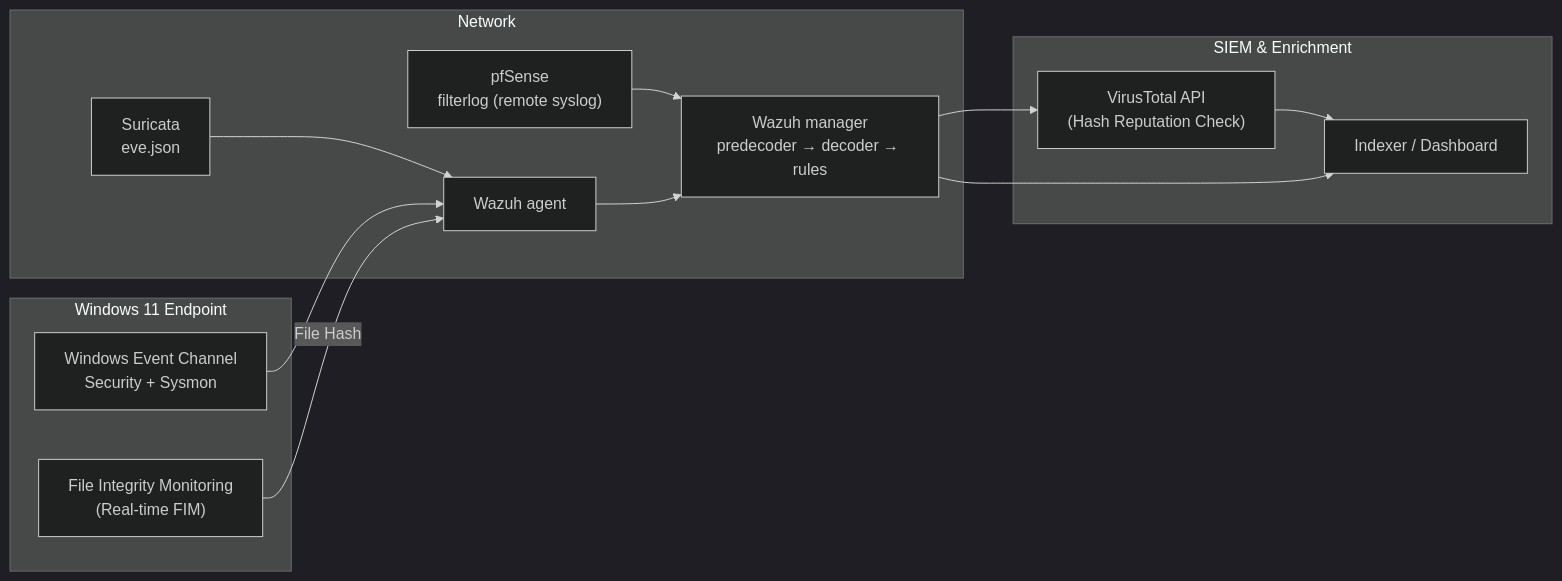
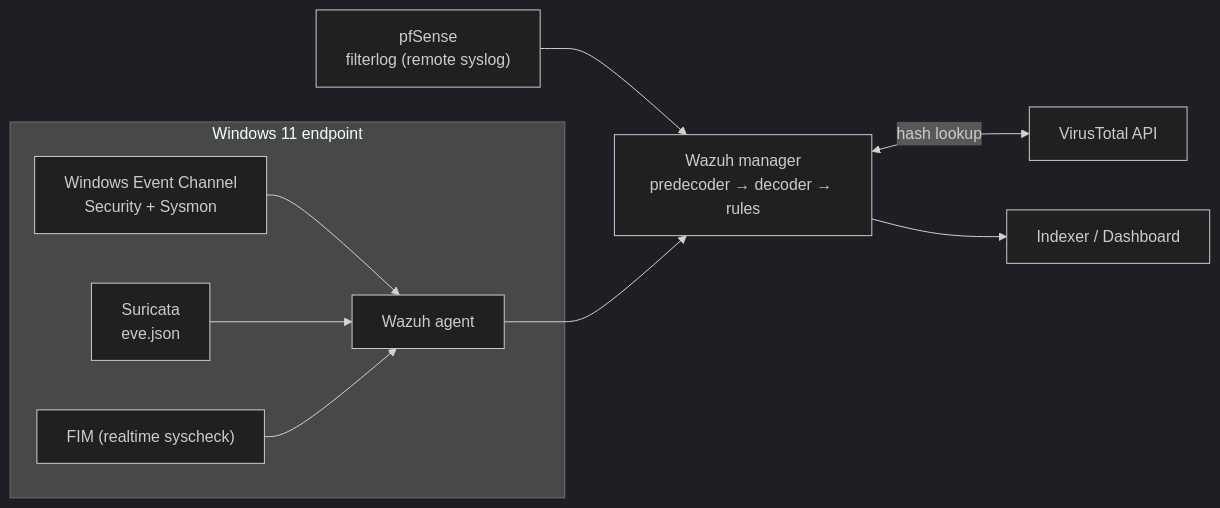
One commit to Khoavo-187/Wazuh-siem-home-lab changed the diagram in docs/03-Detection-engineering.md. Above: the diagram before and after it, drawn with Mermaid (dark theme).

Commit message:
Refactor data flow diagram in Detection engineering doc

````diff
--- a/docs/03-Detection-engineering.md
+++ b/docs/03-Detection-engineering.md
@@ -32,20 +32,14 @@
 ```mermaid
 flowchart LR
-  subgraph Network
-    PF["pfSense<br/>filterlog (remote syslog)"] --> MGR
+  PF["pfSense<br/>filterlog (remote syslog)"] --> MGR
+
+  subgraph EP["Windows 11 endpoint"]
+    WIN["Windows Event Channel<br/>Security + Sysmon"] --> AG["Wazuh agent"]
     SU["Suricata<br/>eve.json"] --> AG
-  end
-
-  subgraph Endpoint [Windows 11 Endpoint]
-    WIN["Windows Event Channel<br/>Security + Sysmon"] --> AG["Wazuh agent"]
-    FIM["File Integrity Monitoring<br/>(Real-time FIM)"] -->|File Hash| AG
+    FIM["FIM (realtime syscheck)"] --> AG
   end
 
   AG --> MGR["Wazuh manager<br/>predecoder → decoder → rules"]
-  
-  subgraph SIEM & Enrichment
-    MGR --> VT["VirusTotal API<br/>(Hash Reputation Check)"]
-    VT --> DASH["Indexer / Dashboard"]
-    MGR --> DASH
-  end
+  MGR <-->|"hash lookup"| VT["VirusTotal API"]
+  MGR --> DASH["Indexer / Dashboard"]
 ```
````
